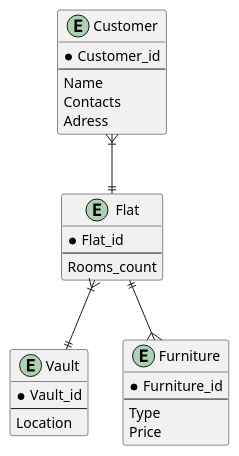
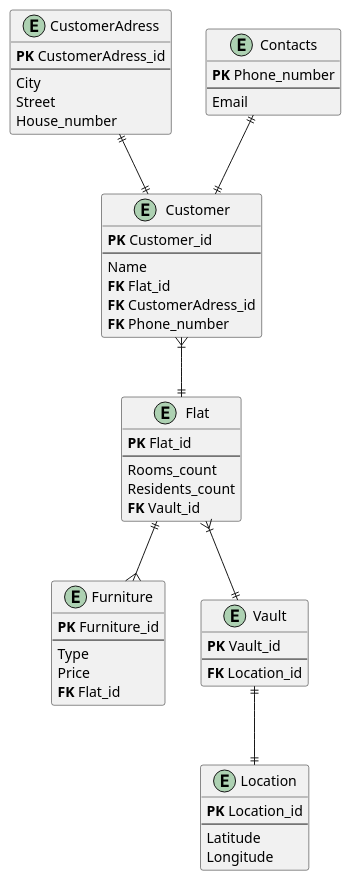
The diagram in Vaultbooking description.puml (iWANbpe/Vaultbooking), drawn with PlantUML before and after one commit. The commit also changed 3 other files, not shown here.

Commit message:
Modifed description and diagrams

```diff
--- a/Vaultbooking description.puml
+++ b/Vaultbooking description.puml
@@ -1,32 +1,60 @@
 @startuml
-entity "Customer" as Customer {
-    *Customer_id
-    --
-    Name
-    Contacts
-    Adress
+entity CustomerAdress {
+  **PK** CustomerAdress_id
+  --
+  City
+  Street
+  House_number
 }
 
-entity "Flat" as Flat {
-    *Flat_id
-    --
-    Rooms_count
+entity Contacts {
+  **PK** Phone_number
+  --
+  Email
 }
 
-entity "Vault" as Vault {
-    *Vault_id
-    --
-    Location
+entity Customer {
+  **PK** Customer_id
+  --
+  Name
+  **FK** Flat_id
+  **FK** CustomerAdress_id
+  **FK** Phone_number
 }
 
-entity "Furniture" as Furniture {
-    *Furniture_id
-    --
-    Type
-    Price
+entity Flat {
+  **PK** Flat_id
+  --
+  Rooms_count
+  Residents_count
+  **FK** Vault_id
 }
 
+entity Furniture {
+  **PK** Furniture_id
+  --
+  Type
+  Price
+  **FK** Flat_id
+}
+
+entity Vault {
+  **PK** Vault_id
+  --
+  **FK** Location_id
+}
+
+entity Location {
+  **PK** Location_id
+  --
+  Latitude
+  Longitude
+}
+
+CustomerAdress ||--|| Customer
+Contacts ||--|| Customer
 Customer }|--|| Flat
+Flat ||--{ Furniture
 Flat }|--|| Vault
-Flat ||--{ Furniture
+Vault ||--|| Location
 @enduml
```
